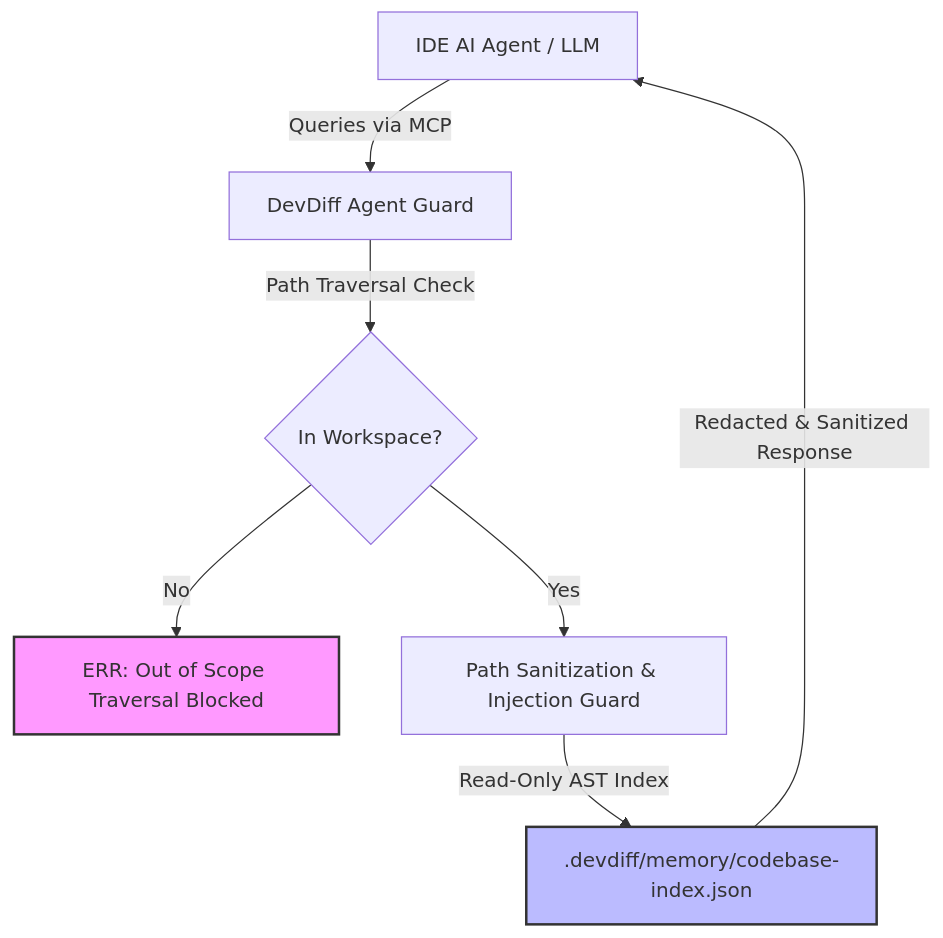
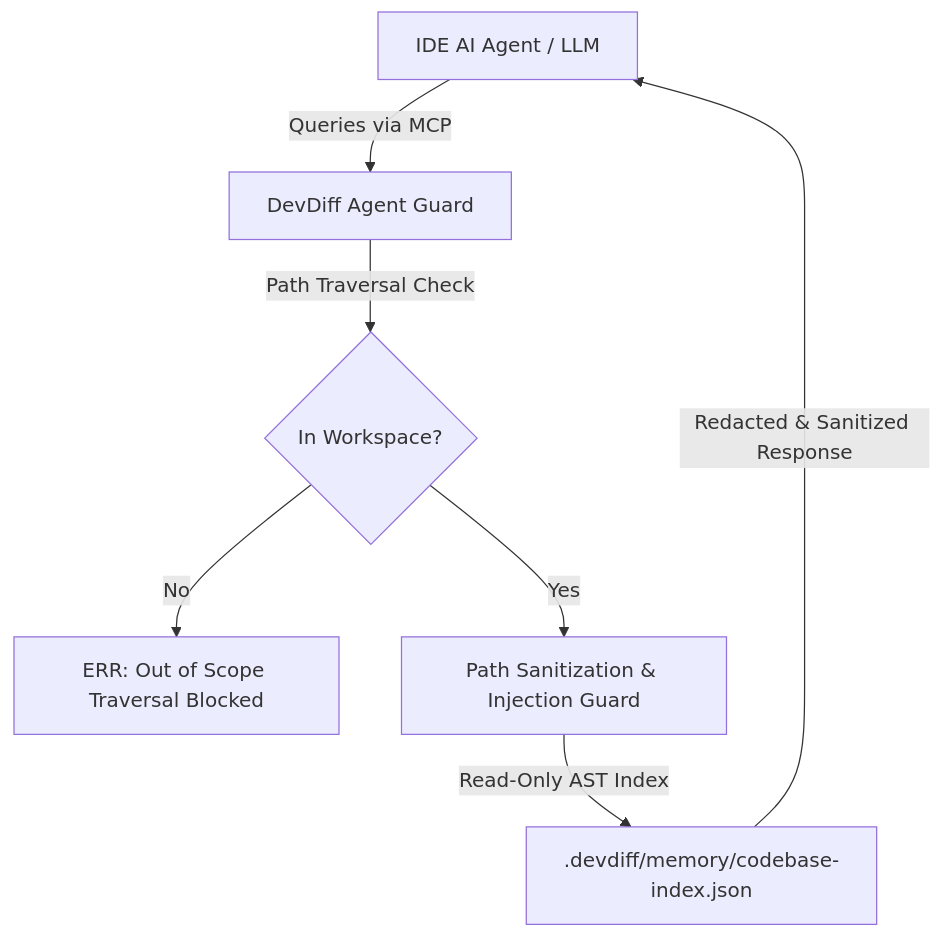
One commit to EldrexDelosReyesBula/DevDiff changed the diagram in docs/security/agent-instructions.md. Above: the diagram before and after it, drawn with Mermaid. The commit also changed other lines of this file and 187 other files, not shown here.

First line of the commit message:
release: v1.8.0 — multi-registry distribution, plugin architecture & documentation overhaul

````diff
--- a/docs/security/agent-instructions.md
+++ b/docs/security/agent-instructions.md
@@ -9,12 +9,9 @@
 ```mermaid
 flowchart TD
     A[IDE AI Agent / LLM] -->|Queries via MCP| B[DevDiff Agent Guard]
     B -->|Path Traversal Check| C{In Workspace?}
     C -->|No| D[ERR: Out of Scope Traversal Blocked]
     C -->|Yes| E[Path Sanitization & Injection Guard]
     E -->|Read-Only AST Index| F[.devdiff/memory/codebase-index.json]
     F -->|Redacted & Sanitized Response| A
-
-    style D fill:#f9f,stroke:#333,stroke-width:2px
-    style F fill:#bbf,stroke:#333,stroke-width:2px
 ```
````
